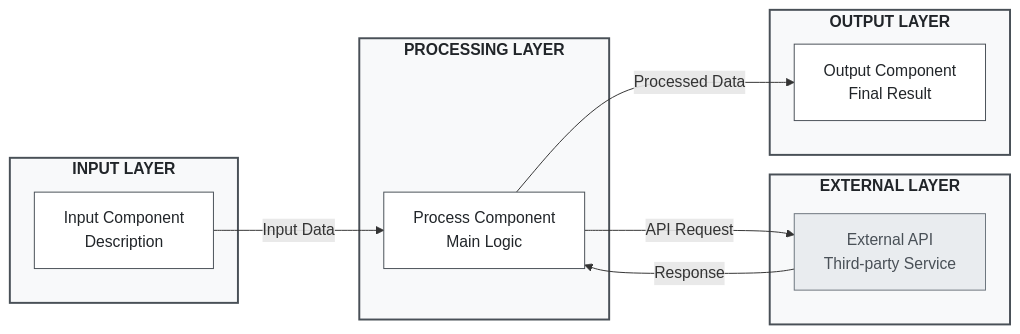
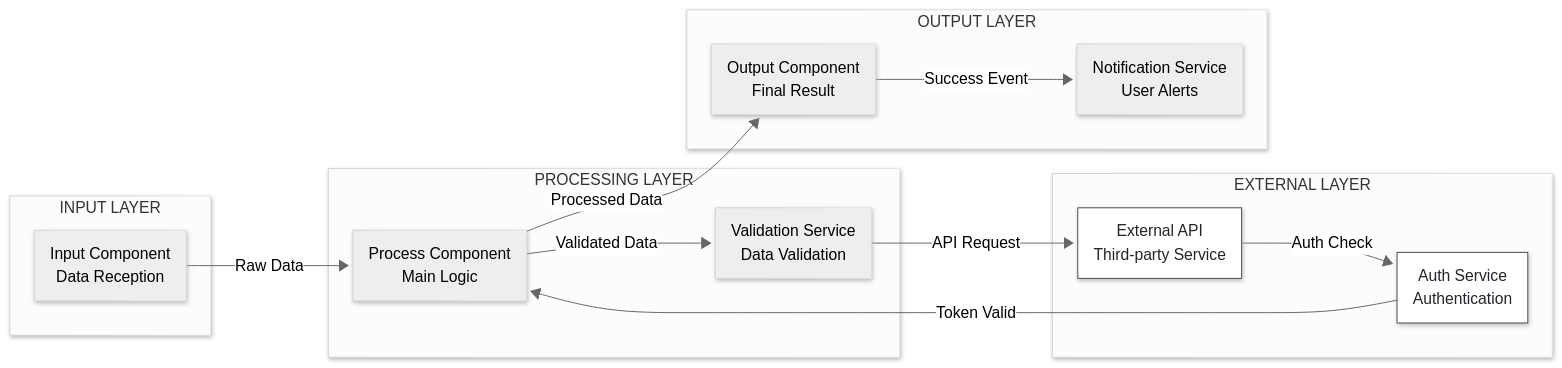
One commit to andrewlohc/handbook changed the fourth of 9 diagrams in diagrams/mermaid-corporate.md. Above: the diagram before and after it, drawn with Mermaid. The commit also changed other lines of this file, not shown here.

Commit message:
docs: expand mermaid corporate style guide with comprehensive templates

````diff
--- a/diagrams/mermaid-corporate.md
+++ b/diagrams/mermaid-corporate.md
@@ -68,32 +187,37 @@
 ```mermaid
+---
+config:
+  look: neo
+  theme: neutral
+---
 flowchart LR
     subgraph L1 ["INPUT LAYER"]
-        INPUT["Input Component<br/>Description"]
+        INPUT["Input Component<br/>Data Reception"]
     end
     
     subgraph L2 ["PROCESSING LAYER"]
         PROCESS["Process Component<br/>Main Logic"]
+        VALIDATE["Validation Service<br/>Data Validation"]
     end
     
     subgraph L3 ["EXTERNAL LAYER"]
         API["External API<br/>Third-party Service"]
+        AUTH["Auth Service<br/>Authentication"]
     end
     
     subgraph L4 ["OUTPUT LAYER"]
         OUTPUT["Output Component<br/>Final Result"]
+        NOTIFY["Notification Service<br/>User Alerts"]
     end
     
-    INPUT -->|"Input Data"| PROCESS
-    PROCESS -->|"API Request"| API
-    API -->|"Response"| PROCESS
+    INPUT -->|"Raw Data"| PROCESS
+    PROCESS -->|"Validated Data"| VALIDATE
+    VALIDATE -->|"API Request"| API
+    API -->|"Auth Check"| AUTH
+    AUTH -->|"Token Valid"| PROCESS
     PROCESS -->|"Processed Data"| OUTPUT
-    
-    classDef layerStyle fill:#f8f9fa,stroke:#495057,stroke-width:2px,color:#212529,font-weight:bold
-    classDef componentStyle fill:#ffffff,stroke:#495057,stroke-width:1px,color:#212529
-    classDef externalStyle fill:#e9ecef,stroke:#6c757d,stroke-width:1px,color:#495057
-    
-    class L1,L2,L4 layerStyle
-    class L3 layerStyle
-    class INPUT,PROCESS,OUTPUT componentStyle
-    class API externalStyle
+    OUTPUT -->|"Success Event"| NOTIFY
+
+    classDef externalStyle fill:#ffffff,stroke:#495057,stroke-width:1px,color:#212529
+    class API,AUTH externalStyle
 ```
````
